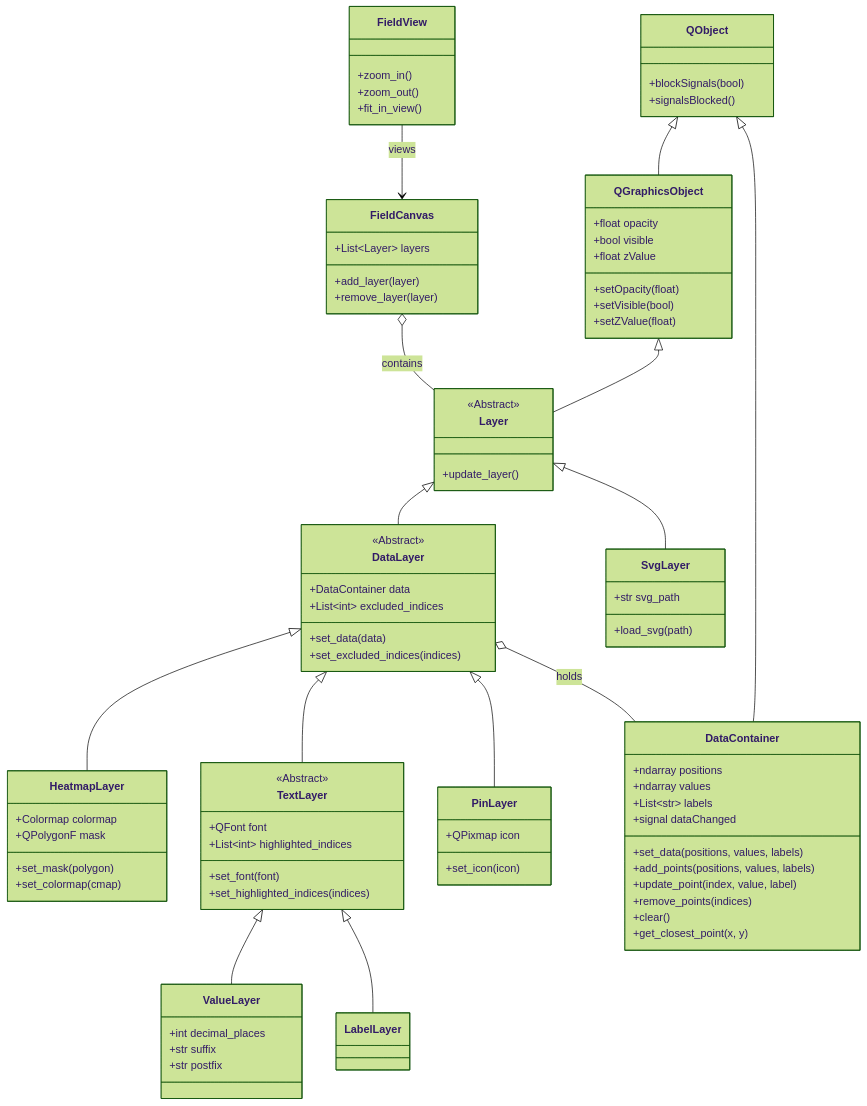
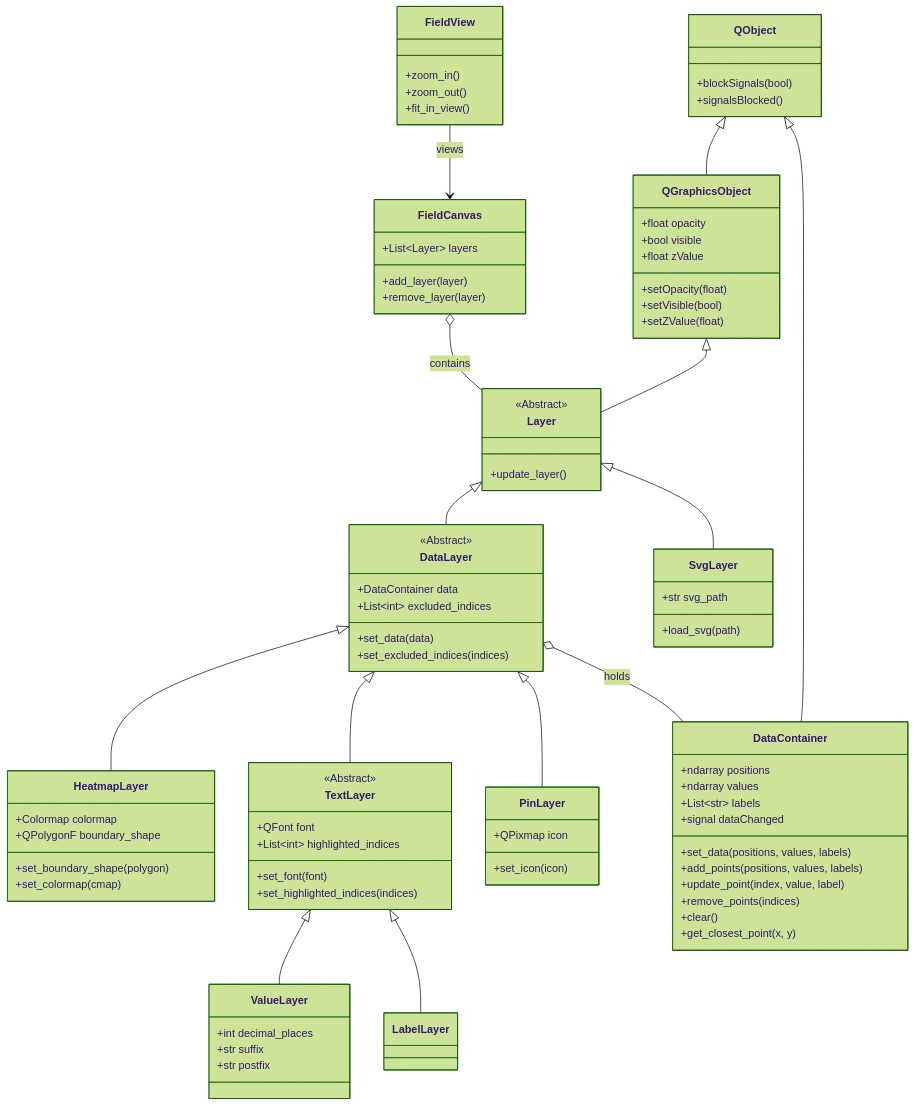
The diagram in antigravity.md (donghoonpark/FieldView), drawn with Mermaid (forest theme) before and after one commit. The commit also changed 7 other files, not shown here.

```diff
--- a/antigravity.md
+++ b/antigravity.md
@@ -150,8 +150,8 @@
     }
     class HeatmapLayer {
         +Colormap colormap
-        +QPolygonF mask
-        +set_mask(polygon)
+        +QPolygonF boundary_shape
+        +set_boundary_shape(polygon)
         +set_colormap(cmap)
     }
     class SvgLayer {
```
